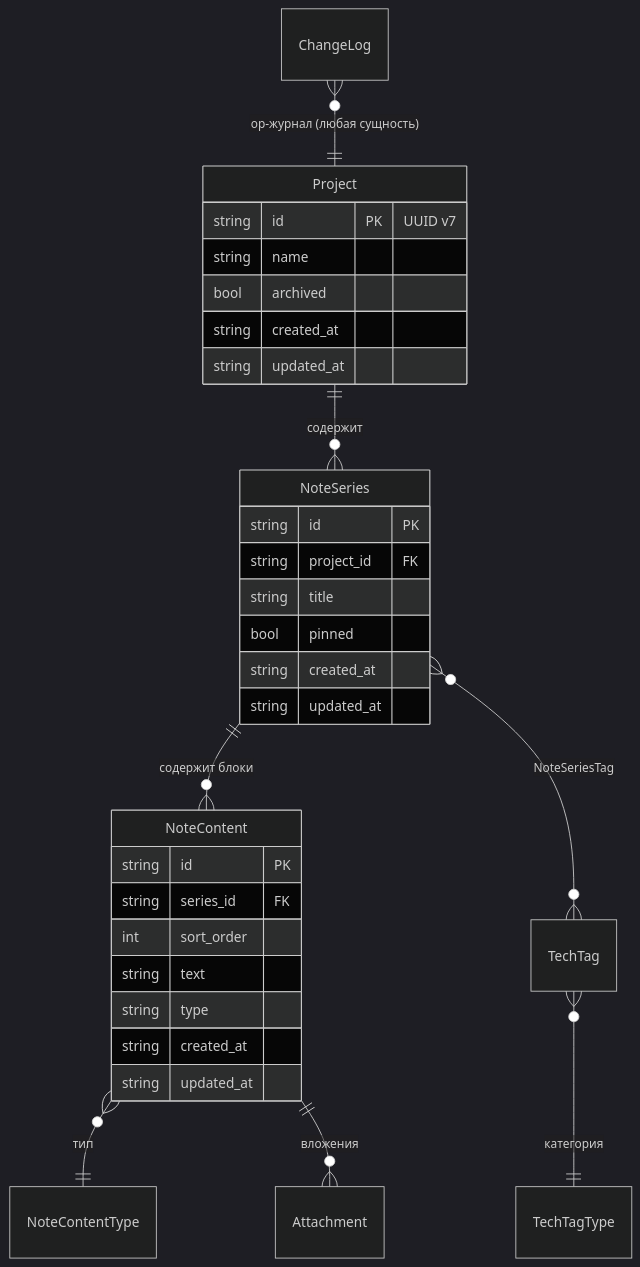
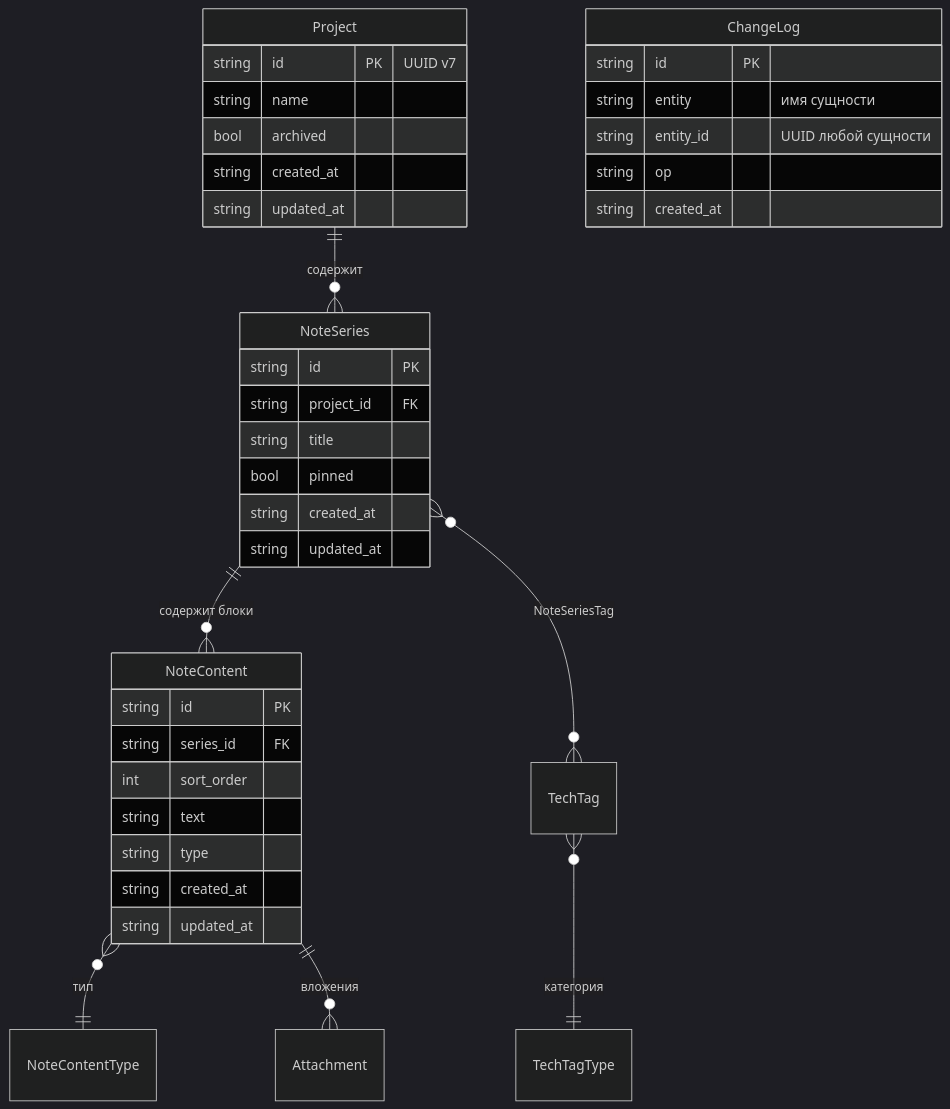
One commit to Mafiozist/Mafiozist changed the second of 2 diagrams in DevNotes/README.md. Above: the diagram before and after it, drawn with Mermaid (dark theme). The commit also changed other lines of this file and 9 other files, not shown here.

````diff
--- a/DevNotes/README.md
+++ b/DevNotes/README.md
@@ -116,14 +117,14 @@
 ```mermaid
 erDiagram
     Project ||--o{ NoteSeries : "содержит"
     NoteSeries ||--o{ NoteContent : "содержит блоки"
     NoteContent }o--|| NoteContentType : "тип"
     NoteSeries }o--o{ TechTag : "NoteSeriesTag"
     TechTag }o--|| TechTagType : "категория"
     NoteContent ||--o{ Attachment : "вложения"
-    ChangeLog }o--|| Project : "op-журнал (любая сущность)"
 
     Project { string id PK "UUID v7" string name bool archived string created_at string updated_at }
     NoteSeries { string id PK string project_id FK string title bool pinned string created_at string updated_at }
     NoteContent { string id PK string series_id FK int sort_order string text string type string created_at string updated_at }
+    ChangeLog { string id PK string entity "имя сущности" string entity_id "UUID любой сущности" string op string created_at }
 ```
````
